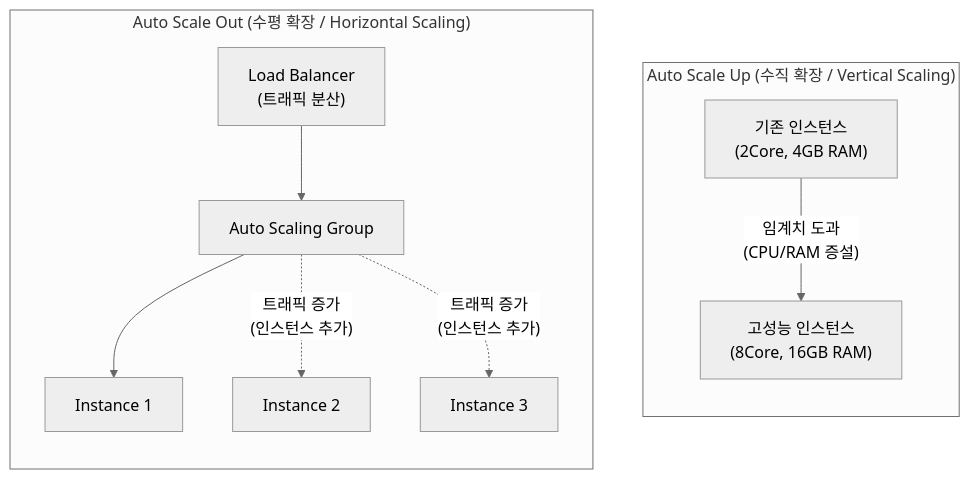
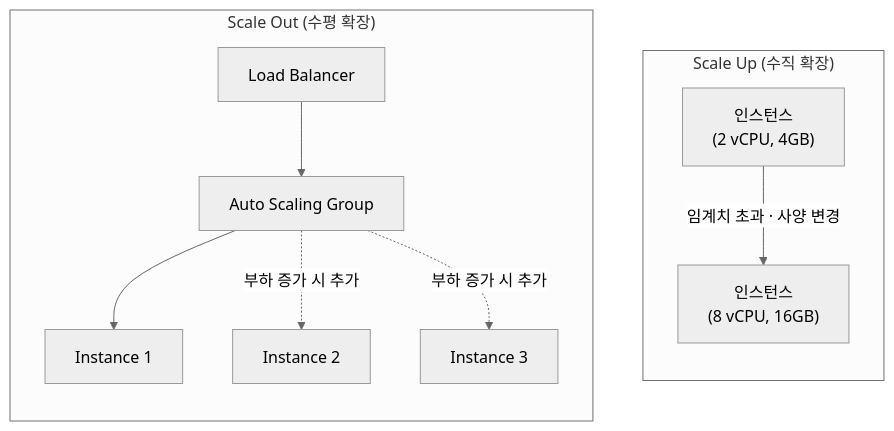
One commit to supremethumb/supremethumb.github.io changed the diagram in content/01_IT Tech/Auto Scale Up Auto Scale Out.md. Above: the diagram before and after it, drawn with Mermaid (neutral theme). The commit also changed other lines of this file and 1087 other files, not shown here.

````diff
--- a/content/01_IT Tech/Auto Scale Up Auto Scale Out.md
+++ b/content/01_IT Tech/Auto Scale Up Auto Scale Out.md
@@ -29,19 +35,17 @@
 ```mermaid
 flowchart TD
-    subgraph "Auto Scale Up (수직 확장 / Vertical Scaling)"
+    subgraph Up["Scale Up (수직 확장)"]
         direction TB
-        V1["기존 인스턴스<br/>(2Core, 4GB RAM)"] -- "임계치 도과<br/>(CPU/RAM 증설)" --> V2["고성능 인스턴스<br/>(8Core, 16GB RAM)"]
+        V1["인스턴스<br/>(2 vCPU, 4GB)"] -->|"임계치 초과 · 사양 변경"| V2["인스턴스<br/>(8 vCPU, 16GB)"]
     end
 
-    subgraph "Auto Scale Out (수평 확장 / Horizontal Scaling)"
+    subgraph Out["Scale Out (수평 확장)"]
         direction TB
-        LB["Load Balancer<br/>(트래픽 분산)"]
+        LB["Load Balancer"]
         ASG["Auto Scaling Group"]
-        
         LB --> ASG
         ASG --> I1["Instance 1"]
-        ASG -. "트래픽 증가<br/>(인스턴스 추가)" .-> I2["Instance 2"]
-        ASG -. "트래픽 증가<br/>(인스턴스 추가)" .-> I3["Instance 3"]
+        ASG -.->|"부하 증가 시 추가"| I2["Instance 2"]
+        ASG -.->|"부하 증가 시 추가"| I3["Instance 3"]
     end
-
 ```
````
